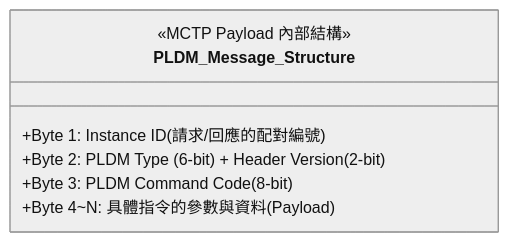
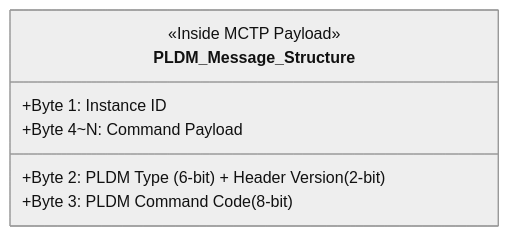
One commit to matchbox-kuo/my-notes changed the fourth of 5 diagrams in AST2700 PCIe 韌體開發與 OpenBMC實務手冊.md. Above: the diagram before and after it, drawn with Mermaid (neutral theme). The commit also changed other lines of this file and 2 other files, not shown here.

````diff
--- a/AST2700 PCIe 韌體開發與 OpenBMC實務手冊.md
+++ b/AST2700 PCIe 韌體開發與 OpenBMC實務手冊.md
@@ -234,10 +386,10 @@
 ```mermaid
 classDiagram
     class PLDM_Message_Structure {
-        <<MCTP Payload 內部結構>>
-        +Byte 1: Instance ID (請求/回應的配對編號)
+        <<Inside MCTP Payload>>
+        +Byte 1: Instance ID
         +Byte 2: PLDM Type (6-bit) + Header Version (2-bit)
         +Byte 3: PLDM Command Code (8-bit)
-        +Byte 4~N: 具體指令的參數與資料 (Payload)
+        +Byte 4~N: Command Payload
     }
 ```
````
